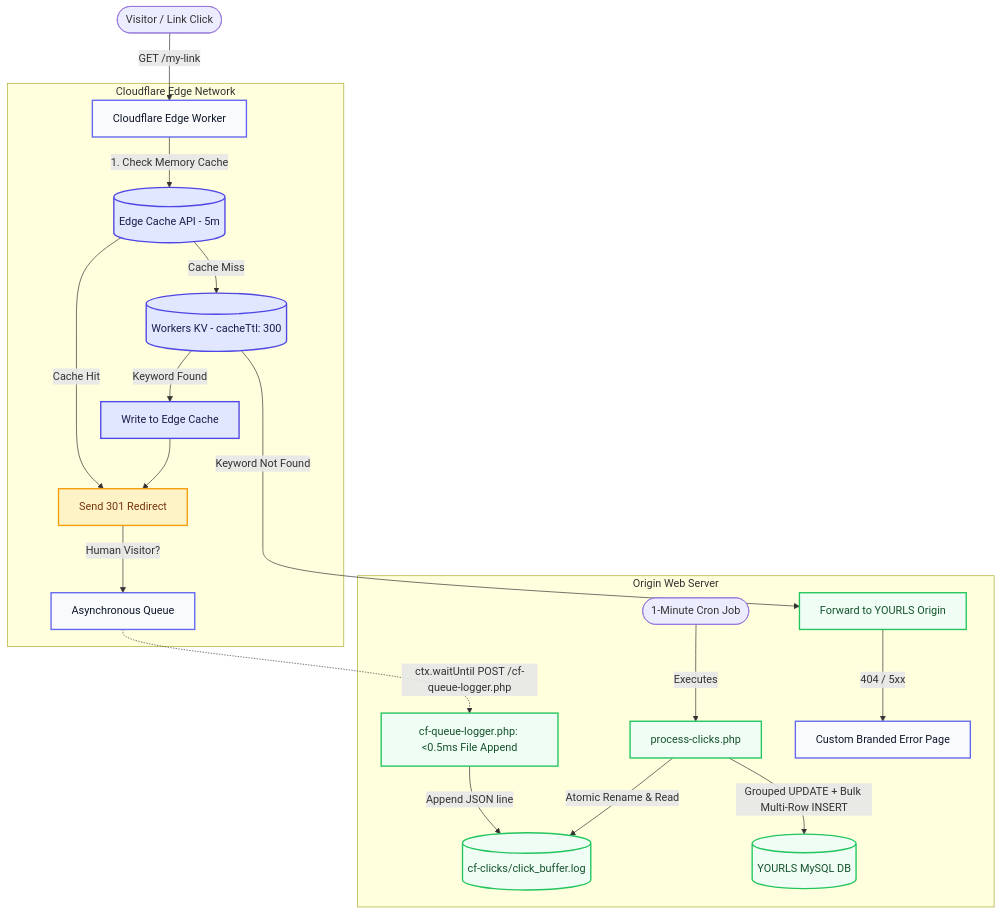
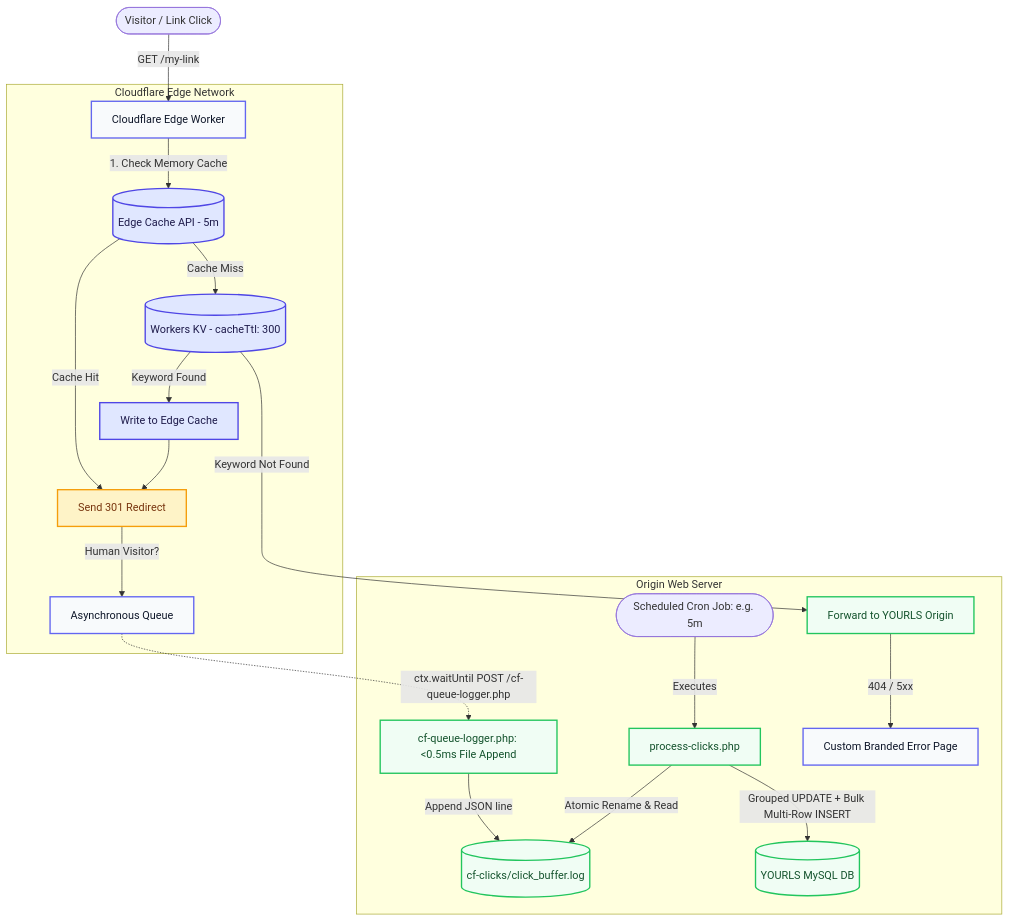
One commit to abdulaqil5/yourls-cloudflare-kv-sync changed the diagram in README.md. Above: the diagram before and after it, drawn with Mermaid. The commit also changed other lines of this file and 3 other files, not shown here.

````diff
--- a/README.md
+++ b/README.md
@@ -81,31 +81,31 @@
 ```mermaid
 flowchart TD
   classDef edge fill:#f8fafc,stroke:#6366f1,stroke-width:2px,color:#0f172a;
   classDef cache fill:#e0e7ff,stroke:#4f46e5,stroke-width:2px,color:#1e1b4b;
   classDef origin fill:#f0fdf4,stroke:#22c55e,stroke-width:2px,color:#14532d;
   classDef redirect fill:#fef3c7,stroke:#f59e0b,stroke-width:2px,color:#78350f;
 
   Visitor([Visitor / Link Click]) -->|GET /my-link| Worker[Cloudflare Edge Worker]:::edge
   
   subgraph EdgeTier [" Cloudflare Edge Network "]
     Worker -->|1. Check Memory Cache| EdgeCache[(Edge Cache API - 5m)]:::cache
     EdgeCache -->|Cache Hit| SendRedirect[Send 301 Redirect]:::redirect
     
     EdgeCache -->|Cache Miss| KVStore[(Workers KV - cacheTtl: 300)]:::cache
     KVStore -->|Keyword Found| WriteCache[Write to Edge Cache]:::cache --> SendRedirect
     
     SendRedirect -->|Human Visitor?| AsyncQueue[Asynchronous Queue]:::edge
   end
 
   subgraph OriginServer [" Origin Web Server "]
     AsyncQueue -.->|ctx.waitUntil POST /cf-queue-logger.php| FileBuffer[cf-queue-logger.php: <0.5ms File Append]:::origin
     FileBuffer -->|Append JSON line| LogFile[(cf-clicks/click_buffer.log)]:::origin
     
-    CronJob([1-Minute Cron Job]) -->|Executes| BatchProcessor[process-clicks.php]:::origin
+    CronJob([Scheduled Cron Job: e.g. 5m]) -->|Executes| BatchProcessor[process-clicks.php]:::origin
     BatchProcessor -->|Atomic Rename & Read| LogFile
     BatchProcessor -->|Grouped UPDATE + Bulk Multi-Row INSERT| DB[(YOURLS MySQL DB)]:::origin
     
     KVStore -->|Keyword Not Found| FallbackOrigin[Forward to YOURLS Origin]:::origin
     FallbackOrigin -->|404 / 5xx| CustomHTML[Custom Branded Error Page]:::edge
   end
 ```
````
